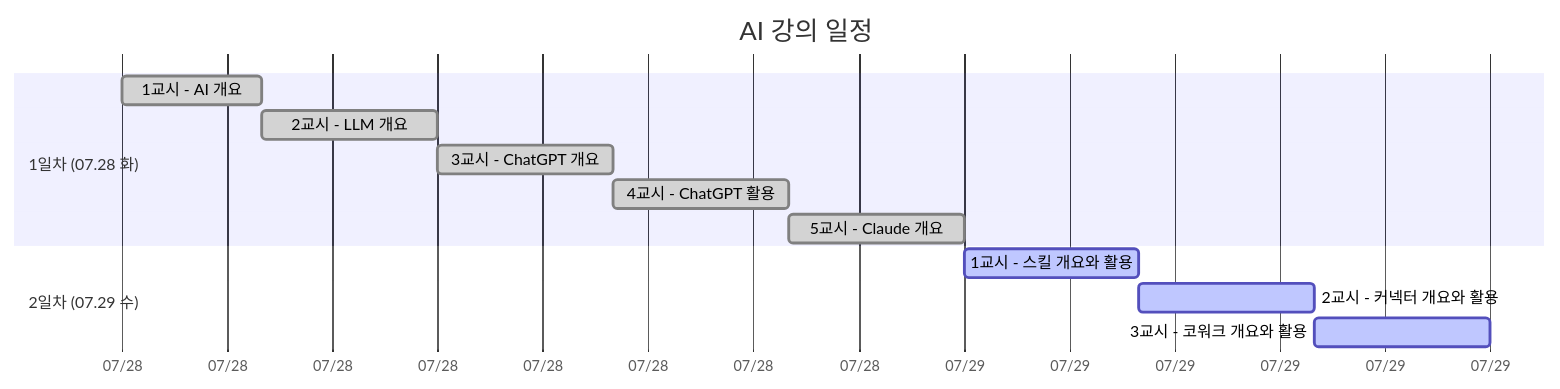
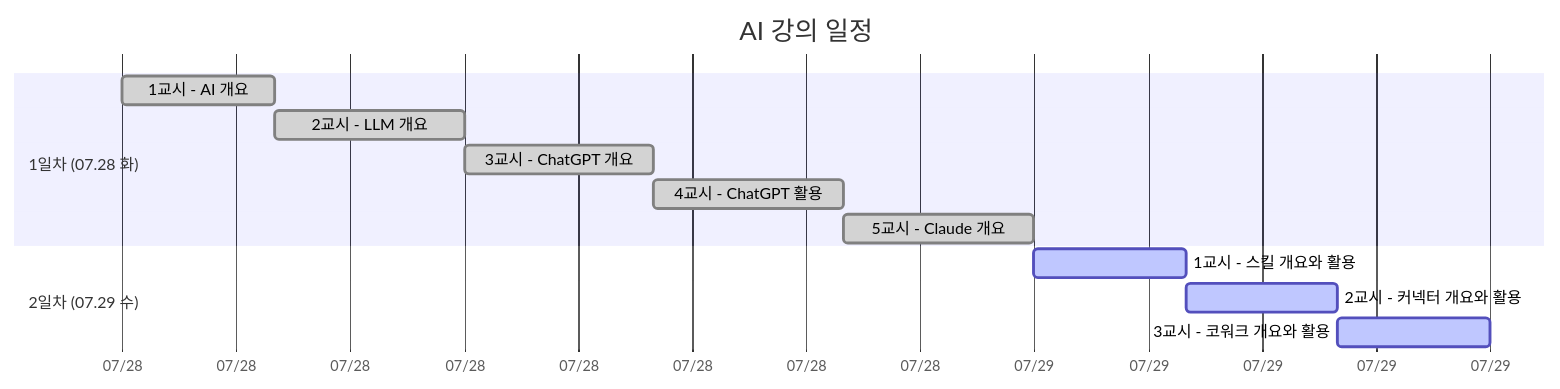
Before and after one commit to soobook/2026-LLM: the first of 9 diagrams in README.md, drawn with Mermaid.

````diff
--- a/README.md
+++ b/README.md
@@ -15,19 +15,18 @@
 ```mermaid
 gantt
     title AI 강의 일정
     dateFormat YYYY-MM-DD
     axisFormat %m/%d
-    excludes weekends
 
     section 1일차 (07.28 화)
     1교시 - AI 개요                      :done, a1, 2026-07-28, 4h
     2교시 - LLM 개요                     :done, a2, after a1, 5h
     3교시 - ChatGPT 개요                 :done, a3, after a2, 5h
     4교시 - ChatGPT 활용                 :done, a4, after a3, 5h
     5교시 - Claude 개요                  :done, a5, after a4, 5h
 
     section 2일차 (07.29 수)
-    1교시 - 스킬 개요와 활용             :active, b1, 2026-07-29, 5h
-    2교시 - 커넥터 개요와 활용           :active, b2, after b1, 5h
-    3교시 - 코워크 개요와 활용           :active, b3, after b2, 5h
+    1교시 - 스킬 개요와 활용             :active, b1, 2026-07-29, 4h
+    2교시 - 커넥터 개요와 활용           :active, b2, after b1, 4h
+    3교시 - 코워크 개요와 활용           :active, b3, after b2, 4h
 ```
````
